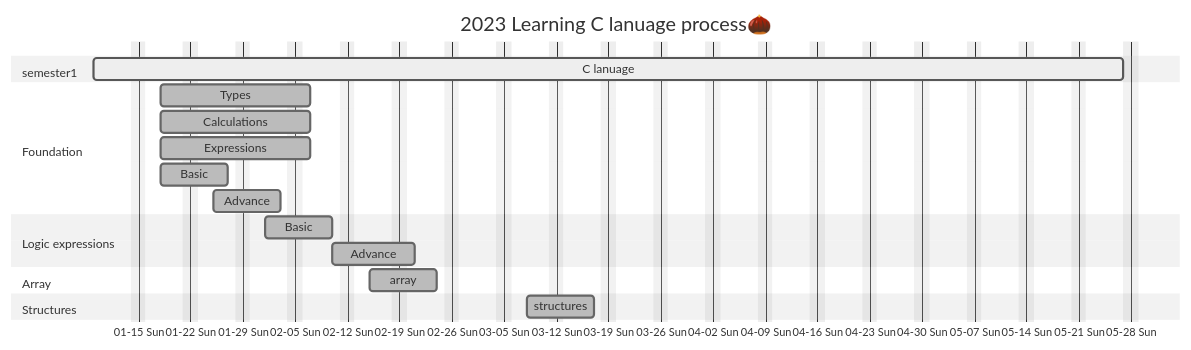
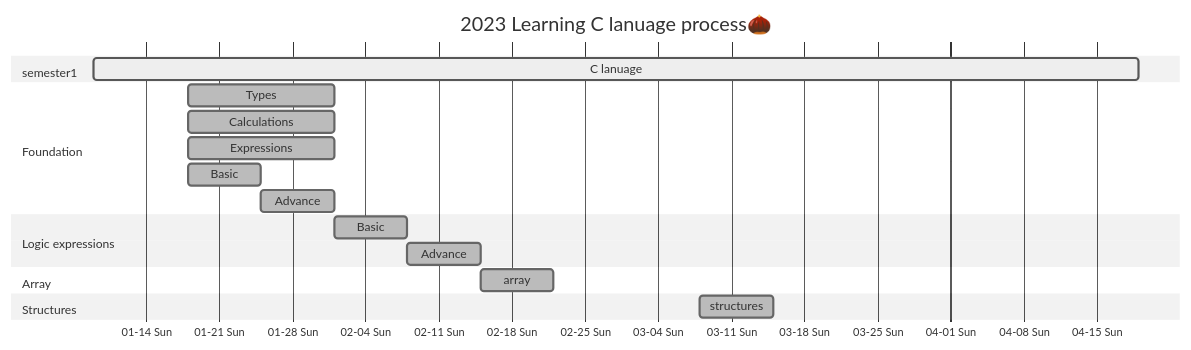
The second of 2 diagrams in README.md (AimeeWen1992/Learning-C), drawn with Mermaid (neutral theme) before and after one commit.

````diff
--- a/README.md
+++ b/README.md
@@ -32,26 +32,25 @@
 ```mermaid
 gantt
 title 2023 Learning C lanuage process🌰
-dateFormat MM-DD
+dateFormat YYYY-MM-DD
 axisFormat %m-%d %a
-excludes weekends
 section semester1
         C lanuage    :active,01-09,100d
 section Foundation          
         Types        :done,01-18,14d
         Calculations :done,01-18,14d
         Expressions  :done,01-18,14d
         Basic   :done,01-18,7d
         Advance :done,01-25,7d
 
 section Logic expressions
         Basic   :done,des1,02-01,7d
         Advance :done,des2,after des1,7d
 
 section Array
         array :done,02-15,7d
 
 section Structures
         structures :done,03-08,7d
 
 ```
````
